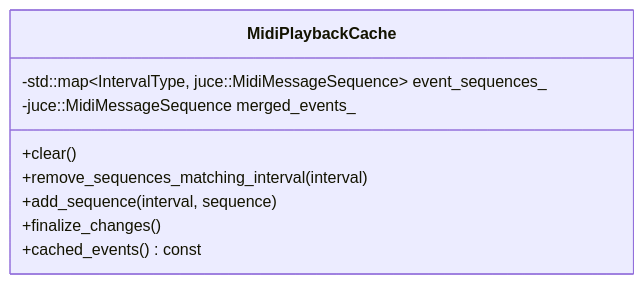
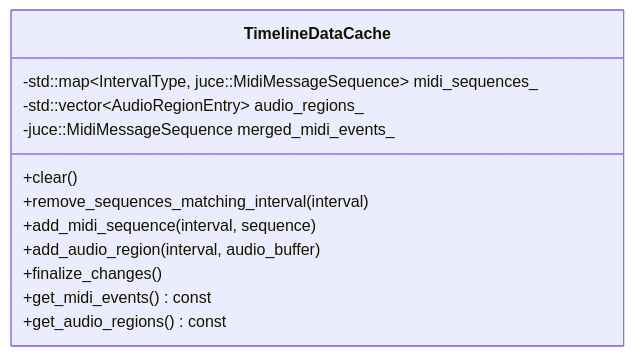
The second of 4 diagrams in doc/dev/playback_cache_architecture.md (zrythm/zrythm), drawn with Mermaid before and after one commit. The commit also changed other lines of this file and 9 other files, not shown here.

Commit message:
MidiPlaybackCache: rename to TimelineDataCache and add audio functionality

````diff
--- a/doc/dev/playback_cache_architecture.md
+++ b/doc/dev/playback_cache_architecture.md
@@ -74,12 +76,15 @@
 ```mermaid
 classDiagram
-    class MidiPlaybackCache {
+    class TimelineDataCache {
         +clear()
         +remove_sequences_matching_interval(interval)
-        +add_sequence(interval, sequence)
+        +add_midi_sequence(interval, sequence)
+        +add_audio_region(interval, audio_buffer)
         +finalize_changes()
-        +cached_events() const
-        -std::map~IntervalType, juce::MidiMessageSequence~ event_sequences_
-        -juce::MidiMessageSequence merged_events_
+        +get_midi_events() const
+        +get_audio_regions() const
+        -std::map~IntervalType, juce::MidiMessageSequence~ midi_sequences_
+        -std::vector~AudioRegionEntry~ audio_regions_
+        -juce::MidiMessageSequence merged_midi_events_
     }
 ```
````
